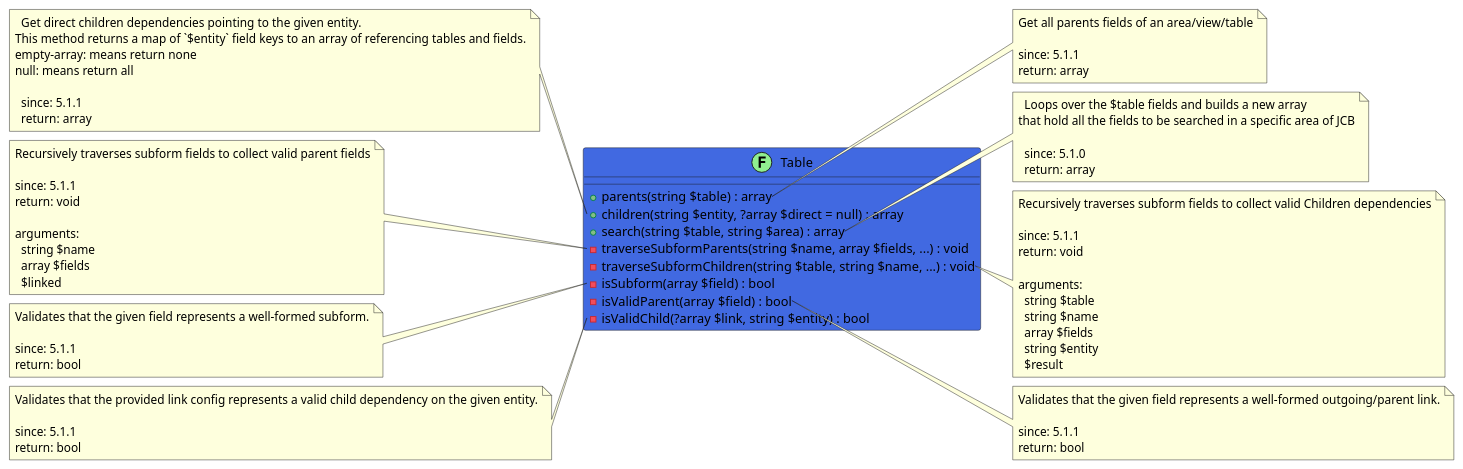
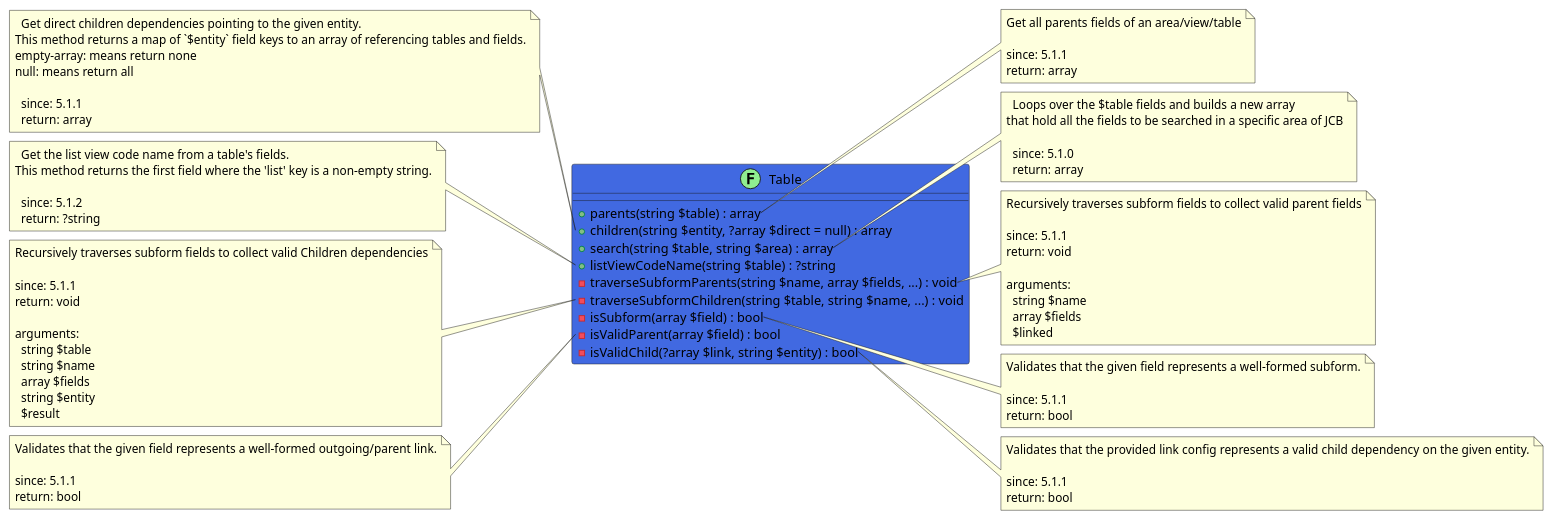
Before and after one commit to joomengine/jcb-packager: the diagram in src/13a32ed6-d969-42c1-b81a-7b807f953464/README.md, drawn with PlantUML. The commit also changed 149 other files, not shown here.

```diff
--- a/src/13a32ed6-d969-42c1-b81a-7b807f953464/README.md
+++ b/src/13a32ed6-d969-42c1-b81a-7b807f953464/README.md
@@ -10,6 +10,7 @@
   + parents(string $table) : array
   + children(string $entity, ?array $direct = null) : array
   + search(string $table, string $area) : array
+  + listViewCodeName(string $table) : ?string
   - traverseSubformParents(string $name, array $fields, ...) : void
   - traverseSubformChildren(string $table, string $name, ...) : void
   - isSubform(array $field) : bool
@@ -42,7 +43,15 @@
   return: array
 end note
 
-note left of Table::traverseSubformParents
+note left of Table::listViewCodeName
+  Get the list view code name from a table's fields.
+This method returns the first field where the 'list' key is a non-empty string.
+
+  since: 5.1.2
+  return: ?string
+end note
+
+note right of Table::traverseSubformParents
   Recursively traverses subform fields to collect valid parent fields
 
   since: 5.1.1
@@ -54,7 +63,7 @@
     $linked
 end note
 
-note right of Table::traverseSubformChildren
+note left of Table::traverseSubformChildren
   Recursively traverses subform fields to collect valid Children dependencies
 
   since: 5.1.1
@@ -68,21 +77,21 @@
     $result
 end note
 
-note left of Table::isSubform
+note right of Table::isSubform
   Validates that the given field represents a well-formed subform.
 
   since: 5.1.1
   return: bool
 end note
 
-note right of Table::isValidParent
+note left of Table::isValidParent
   Validates that the given field represents a well-formed outgoing/parent link.
 
   since: 5.1.1
   return: bool
 end note
 
-note left of Table::isValidChild
+note right of Table::isValidChild
   Validates that the provided link config represents a valid child dependency on the given entity.
 
   since: 5.1.1
```
